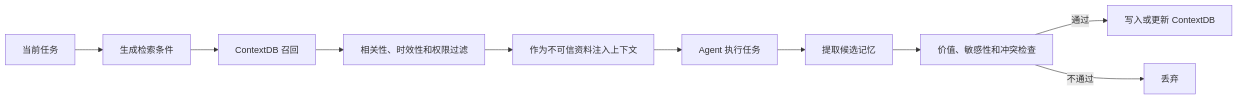
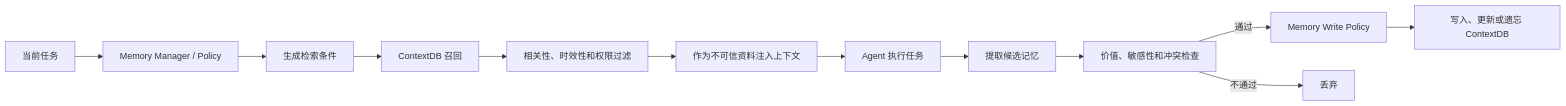
The second of 3 diagrams in 01 work/Agent开发实战/Agent开发实战学习与机会探索方案.md (wuw476709-oss/ai-mds), drawn with Mermaid before and after one commit. The commit also changed other lines of this file, not shown here.

Commit message:
docs: place ContextDB in agent memory architecture

````diff
--- a/01 work/Agent开发实战/Agent开发实战学习与机会探索方案.md
+++ b/01 work/Agent开发实战/Agent开发实战学习与机会探索方案.md
@@ -473,12 +484,14 @@
 ```mermaid
 flowchart LR
-    A[当前任务] --> B[生成检索条件]
+    A[当前任务] --> MM[Memory Manager / Policy]
+    MM --> B[生成检索条件]
     B --> C[ContextDB 召回]
     C --> D[相关性、时效性和权限过滤]
     D --> E[作为不可信资料注入上下文]
     E --> F[Agent 执行任务]
     F --> G[提取候选记忆]
     G --> H[价值、敏感性和冲突检查]
-    H -->|通过| I[写入或更新 ContextDB]
+    H -->|通过| W[Memory Write Policy]
+    W --> I[写入、更新或遗忘 ContextDB]
     H -->|不通过| J[丢弃]
 ```
````
